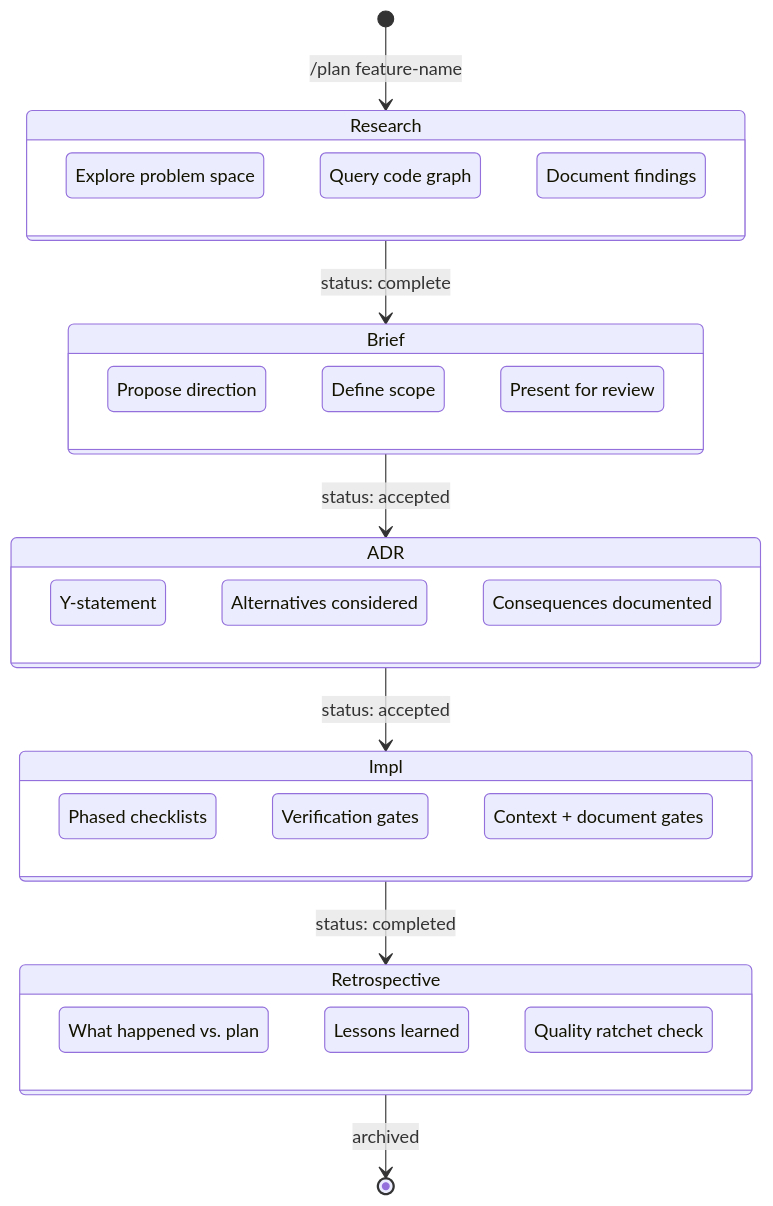
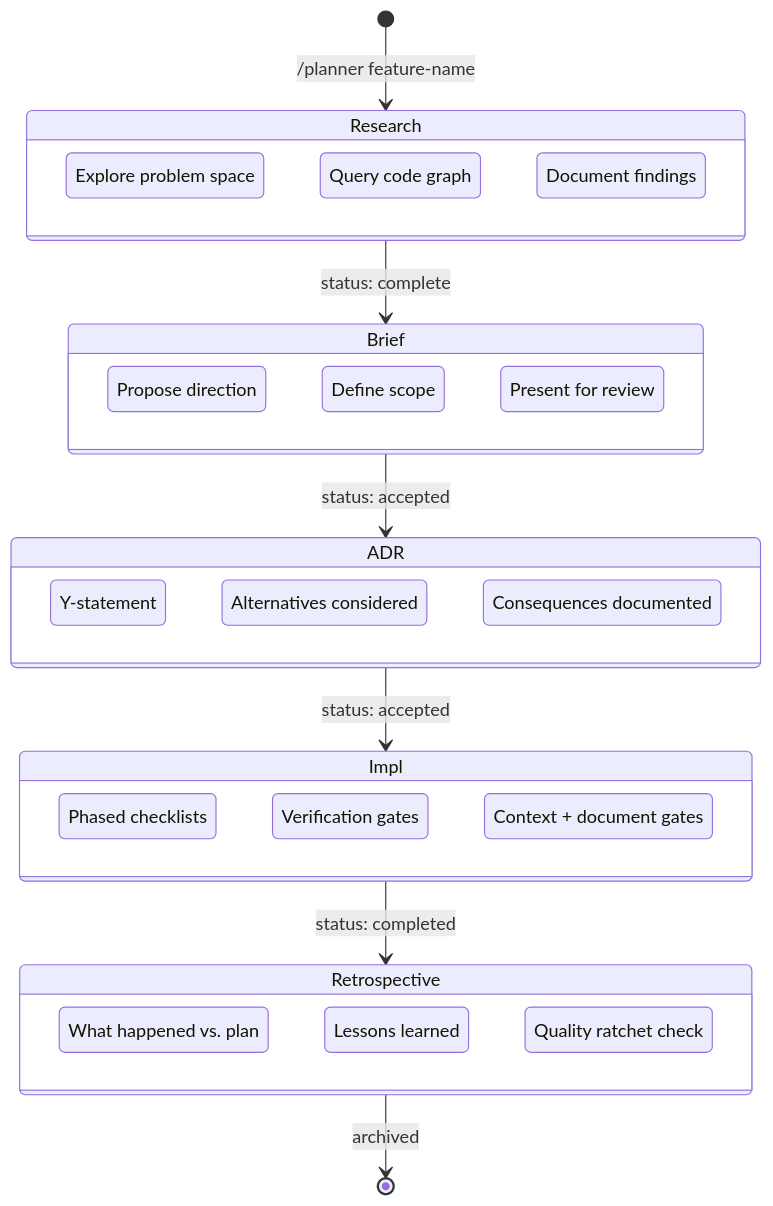
Before and after one commit to infinitedusky/indusk: the first of 2 diagrams in apps/indusk-docs/src/reference/skills/plan.md, drawn with Mermaid. The commit also changed other lines of this file and 123 other files, not shown here.

````diff
--- a/apps/indusk-docs/src/reference/skills/plan.md
+++ b/apps/indusk-docs/src/reference/skills/plan.md
@@ -15,39 +15,39 @@
 ```mermaid
 stateDiagram-v2
-    [*] --> Research: /plan feature-name
+    [*] --> Research: /planner feature-name
     Research --> Brief: status: complete
     Brief --> ADR: status: accepted
     ADR --> Impl: status: accepted
     Impl --> Retrospective: status: completed
     Retrospective --> [*]: archived
 
     state Research {
         r1: Explore problem space
         r2: Query code graph
         r3: Document findings
     }
 
     state Brief {
         b1: Propose direction
         b2: Define scope
         b3: Present for review
     }
 
     state ADR {
         a1: Y-statement
         a2: Alternatives considered
         a3: Consequences documented
     }
 
     state Impl {
         i1: Phased checklists
         i2: Verification gates
         i3: Context + document gates
     }
 
     state Retrospective {
         re1: What happened vs. plan
         re2: Lessons learned
         re3: Quality ratchet check
     }
 ```
````
